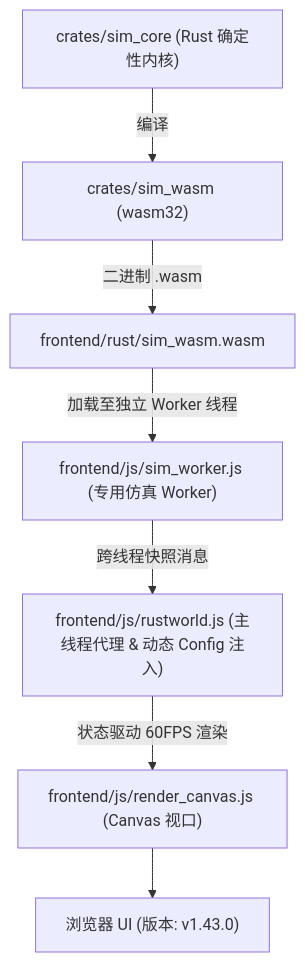
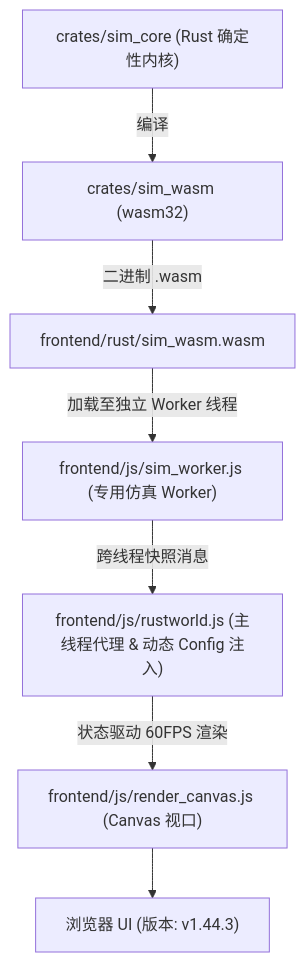
Before and after one commit to g39088902/FlowAndAccord: the diagram in AGENTS.md, drawn with Mermaid. The commit also changed other lines of this file and 27 other files, not shown here.

````diff
--- a/AGENTS.md
+++ b/AGENTS.md
@@ -53,9 +53,9 @@
 ```mermaid
 graph TD
     A["crates/sim_core (Rust 确定性内核)"] -->|编译| B["crates/sim_wasm (wasm32)"]
     B -->|二进制 .wasm| C["frontend/rust/sim_wasm.wasm"]
     C -->|加载至独立 Worker 线程| D["frontend/js/sim_worker.js (专用仿真 Worker)"]
     D -->|跨线程快照消息| E["frontend/js/rustworld.js (主线程代理 & 动态 Config 注入)"]
     E -->|状态驱动 60FPS 渲染| F["frontend/js/render_canvas.js (Canvas 视口)"]
-    F --> G["浏览器 UI (版本: v1.43.0)"]
+    F --> G["浏览器 UI (版本: v1.44.3)"]
 ```
````
